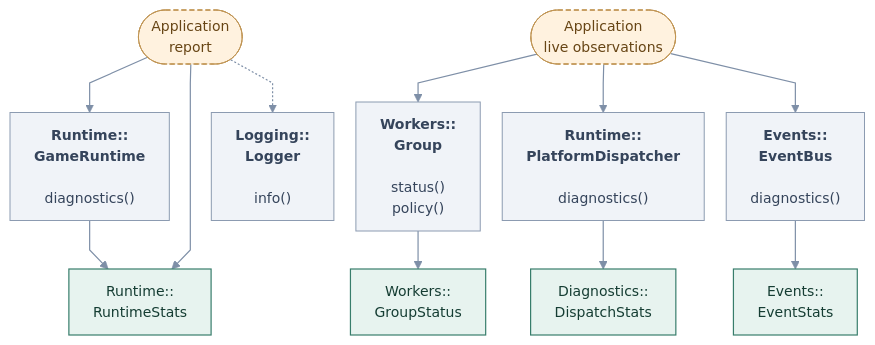
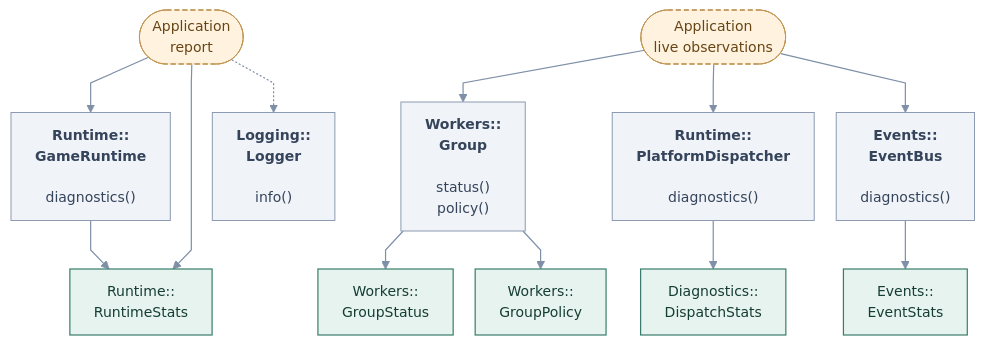
Before and after one commit to cppcooper/cheryl-engine: the diagram in docs/site/engine-systems/diagrams/diagnostics-application.mmd, drawn with Mermaid. The commit also changed 15 other files, not shown here.

```diff
--- a/docs/site/engine-systems/diagrams/diagnostics-application.mmd
+++ b/docs/site/engine-systems/diagrams/diagnostics-application.mmd
@@ -1,42 +1,44 @@
 ---
 config:
   theme: base
   themeVariables:
     fontFamily: system-ui, sans-serif
     fontSize: 14px
   flowchart:
     htmlLabels: true
     curve: linear
     nodeSpacing: 22
     rankSpacing: 38
     padding: 12
 ---
 flowchart TB
     accTitle: Diagnostics · application observations
     accDescr: Arrows point toward the API or type used, not call order or data flow. Methods beneath type names are selected application entry points; Implement hooks marks engine-invoked overrides. Dashed arrows mark optional choices.
     k0(["Application<br/>report"]):::app
     k1["<b>Runtime::<br/>GameRuntime</b><br/><br/>diagnostics()"]:::neighbor
     k2["Runtime::<br/>RuntimeStats"]:::focal
     k3(["Application<br/>live observations"]):::app
     k4["<b>Workers::<br/>Group</b><br/><br/>status()<br/>policy()"]:::neighbor
     k5["Workers::<br/>GroupStatus"]:::focal
     k6["<b>Runtime::<br/>PlatformDispatcher</b><br/><br/>diagnostics()"]:::neighbor
     k7["Diagnostics::<br/>DispatchStats"]:::focal
     k8["<b>Events::<br/>EventBus</b><br/><br/>diagnostics()"]:::neighbor
     k9["Events::<br/>EventStats"]:::focal
     k10["<b>Logging::<br/>Logger</b><br/><br/>info()"]:::neighbor
+    k11["Workers::<br/>GroupPolicy"]:::focal
     k0 --> k1
     k1 --> k2
     k0 --> k2
     k3 --> k4
     k4 --> k5
     k3 --> k6
     k6 --> k7
     k3 --> k8
     k8 --> k9
     k0 -.-> k10
+    k4 --> k11
     classDef focal fill:#e7f3ef,stroke:#387d6b,color:#153d33,stroke-width:1.2px
     classDef neighbor fill:#f0f3f8,stroke:#8c9bb1,color:#35445b,stroke-width:1px
     classDef app fill:#fff2df,stroke:#c09452,color:#674515,stroke-dasharray:5 3
     classDef system fill:#eaf0fc,stroke:#617fab,color:#263f69,stroke-width:1.2px
     linkStyle default stroke:#7e8fa7,stroke-width:1.2px
```
